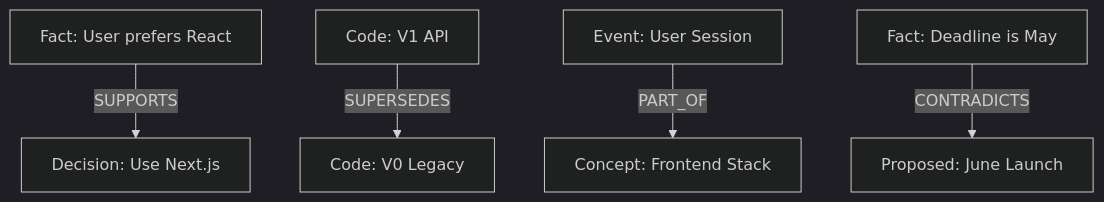
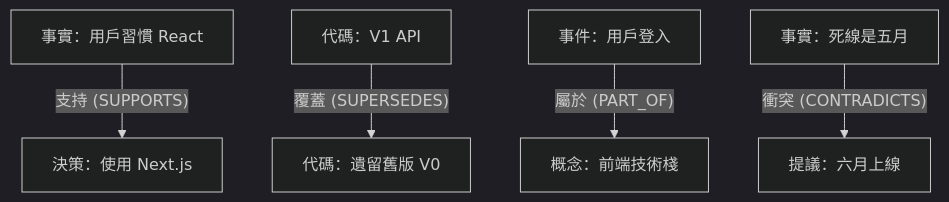
One commit to lowkon123/AI-Cortex-Memory-System changed the diagram in README_ZH.md. Above: the diagram before and after it, drawn with Mermaid (dark theme). The commit also changed other lines of this file, not shown here.

````diff
--- a/README_ZH.md
+++ b/README_ZH.md
@@ -73,7 +74,7 @@
 ```mermaid
 graph TD
-    A["Fact: User prefers React"] -- SUPPORTS --> B["Decision: Use Next.js"]
-    C["Code: V1 API"] -- SUPERSEDES --> D["Code: V0 Legacy"]
-    E["Event: User Session"] -- PART_OF --> F["Concept: Frontend Stack"]
-    G["Fact: Deadline is May"] -- CONTRADICTS --> H["Proposed: June Launch"]
+    A["事實：用戶習慣 React"] -- 支持 (SUPPORTS) --> B["決策：使用 Next.js"]
+    C["代碼：V1 API"] -- 覆蓋 (SUPERSEDES) --> D["代碼：遺留舊版 V0"]
+    E["事件：用戶登入"] -- 屬於 (PART_OF) --> F["概念：前端技術棧"]
+    G["事實：死線是五月"] -- 衝突 (CONTRADICTS) --> H["提議：六月上線"]
 ```
````
